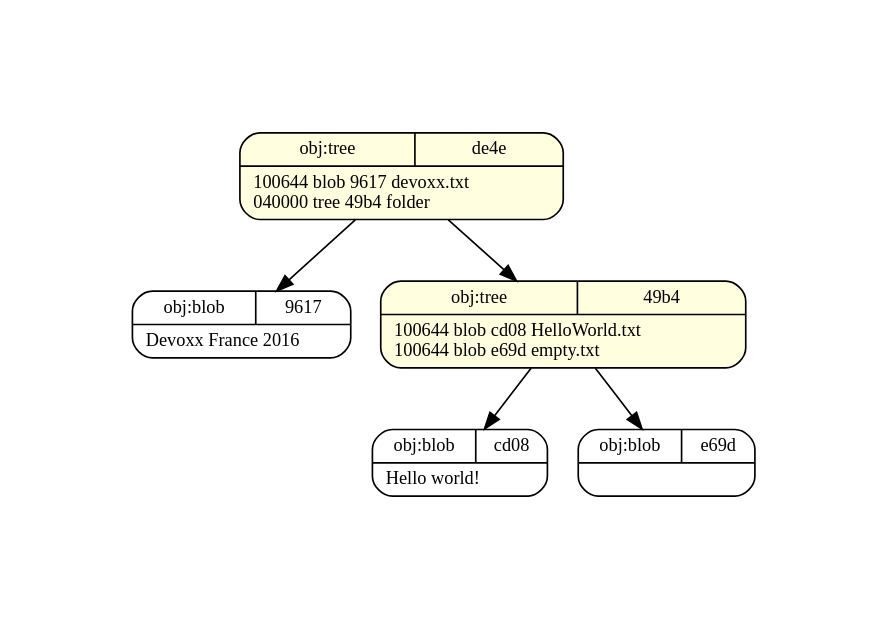
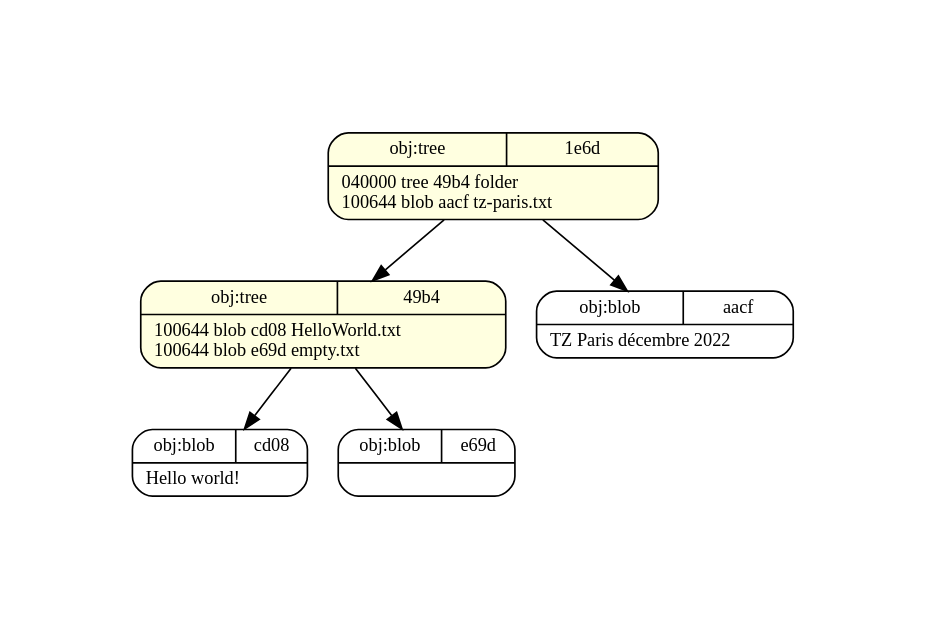
The diagram in create_trees.dot (zigarn/git-internals), drawn with Graphviz before and after one commit. The commit also changed 9 other files, not shown here.

```diff
--- a/create_trees.dot
+++ b/create_trees.dot
@@ -1,14 +1,14 @@
 digraph structs {
   pad="1,1";
   node [shape=record,fontsize=11];
   rankdir="TB";
-  _de4e [fillcolor="lightyellow", style="filled,rounded", label="{{obj:tree|de4e}|100644\ blob\ 9617\	devoxx\.txt\l040000\ tree\ 49b4\	folder\l}"]
-  _de4e -> _9617
-  _de4e -> _49b4
+  _1e6d [fillcolor="lightyellow", style="filled,rounded", label="{{obj:tree|1e6d}|040000\ tree\ 49b4\	folder\l100644\ blob\ aacf\	tz-paris\.txt\l}"]
+  _1e6d -> _49b4
+  _1e6d -> _aacf
   _cd08 [fillcolor="white", style="filled,rounded", label="{{obj:blob|cd08}|Hello\ world\!\l}"]
   _e69d [fillcolor="white", style="filled,rounded", label="{{obj:blob|e69d}|}"]
   _49b4 [fillcolor="lightyellow", style="filled,rounded", label="{{obj:tree|49b4}|100644\ blob\ cd08\	HelloWorld\.txt\l100644\ blob\ e69d\	empty\.txt\l}"]
   _49b4 -> _cd08
   _49b4 -> _e69d
-  _9617 [fillcolor="white", style="filled,rounded", label="{{obj:blob|9617}|Devoxx\ France\ 2016\l}"]
+  _aacf [fillcolor="white", style="filled,rounded", label="{{obj:blob|aacf}|TZ\ Paris\ décembre\ 2022\l}"]
 }
```
